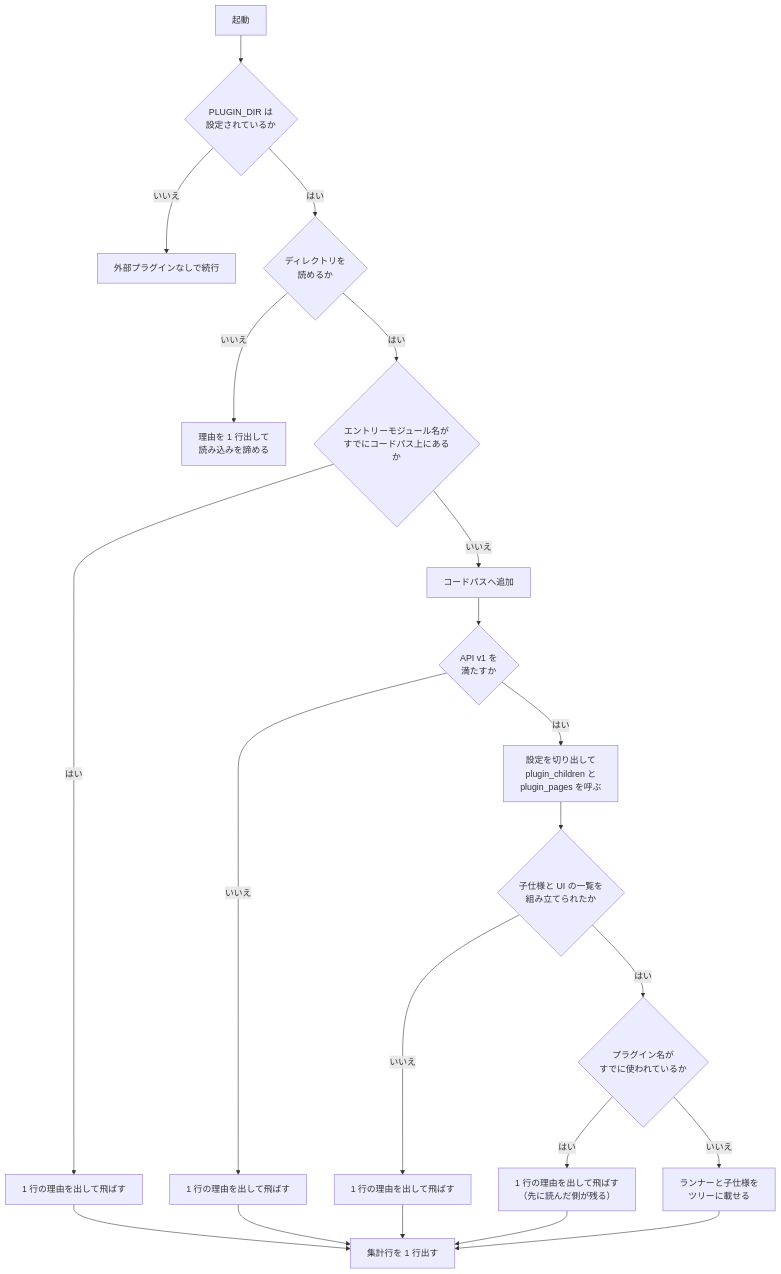
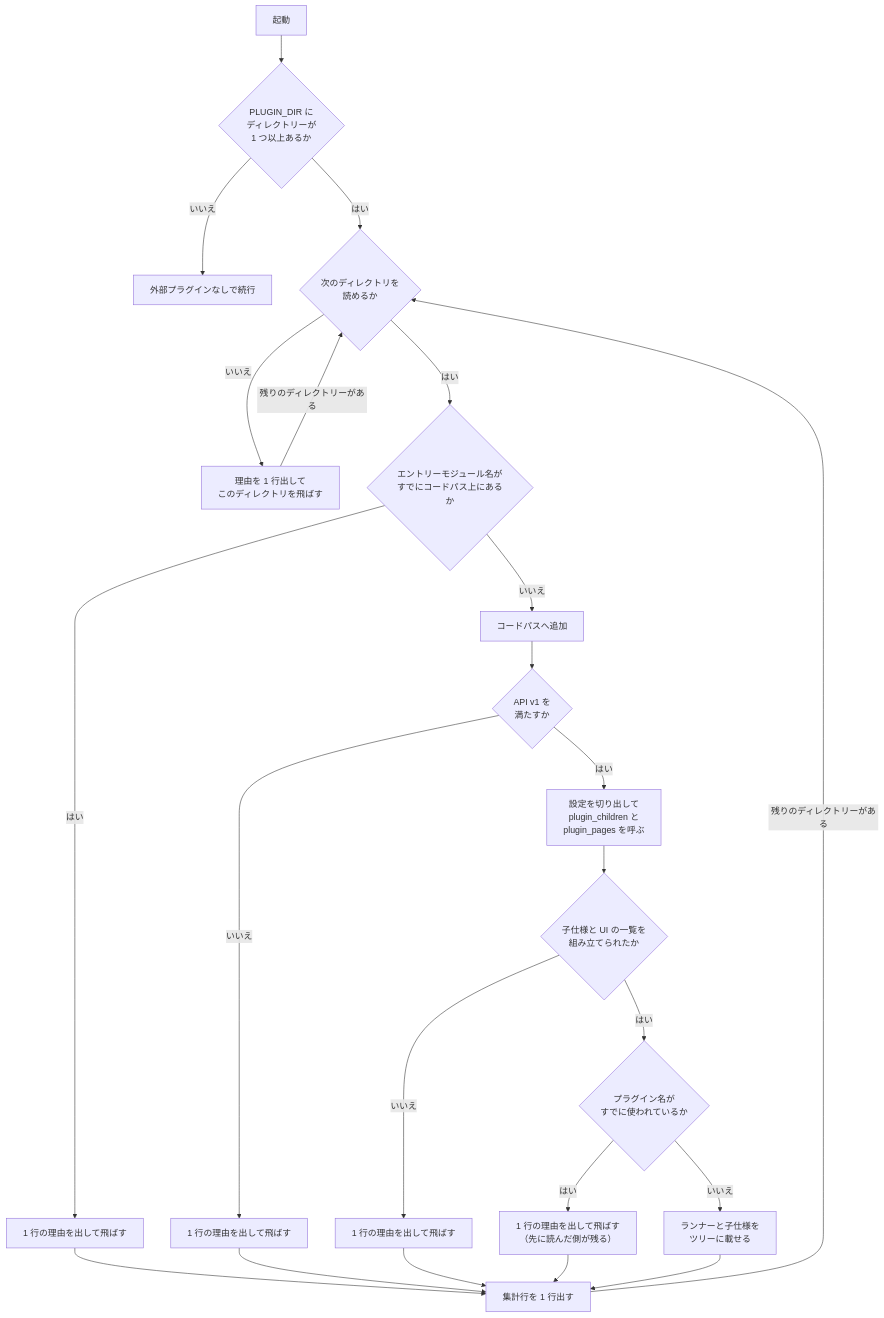
The ninth of 9 diagrams in docs/architecture.md (neverclear86/nostr-no-su), drawn with Mermaid before and after one commit. The commit also changed other lines of this file and 5 other files, not shown here.

First line of the commit message:
feat: PLUGIN_DIR を : 区切りの複数ディレクトリーにする (#401)

````diff
--- a/docs/architecture.md
+++ b/docs/architecture.md
@@ -587,23 +587,25 @@
 ```mermaid
 flowchart TD
-    start["起動"] --> scan{"PLUGIN_DIR は<br/>設定されているか"}
+    start["起動"] --> scan{"PLUGIN_DIR に<br/>ディレクトリーが<br/>1 つ以上あるか"}
     scan -->|"いいえ"| skip["外部プラグインなしで続行"]
-    scan -->|"はい"| list{"ディレクトリを<br/>読めるか"}
-    list -->|"いいえ"| abort["理由を 1 行出して<br/>読み込みを諦める"]
+    scan -->|"はい"| list{"次のディレクトリを<br/>読めるか"}
+    list -->|"いいえ"| abort["理由を 1 行出して<br/>このディレクトリを飛ばす"]
     list -->|"はい"| shadow{"エントリーモジュール名が<br/>すでにコードパス上にあるか"}
     shadow -->|"はい"| reject1["1 行の理由を出して飛ばす"]
     shadow -->|"いいえ"| addpath["コードパスへ追加"]
     addpath --> validate{"API v1 を<br/>満たすか"}
     validate -->|"いいえ"| reject2["1 行の理由を出して飛ばす"]
     validate -->|"はい"| config["設定を切り出して<br/>plugin_children と<br/>plugin_pages を呼ぶ"]
     config --> accepted{"子仕様と UI の一覧を<br/>組み立てられたか"}
     accepted -->|"いいえ"| reject3["1 行の理由を出して飛ばす"]
     accepted -->|"はい"| dup{"プラグイン名が<br/>すでに使われているか"}
     dup -->|"はい"| reject4["1 行の理由を出して飛ばす<br/>（先に読んだ側が残る）"]
     dup -->|"いいえ"| tree["ランナーと子仕様を<br/>ツリーに載せる"]
     reject1 --> summary["集計行を 1 行出す"]
     reject2 --> summary
     reject3 --> summary
     reject4 --> summary
     tree --> summary
+    summary -->|"残りのディレクトリーがある"| list
+    abort -->|"残りのディレクトリーがある"| list
 ```
````
